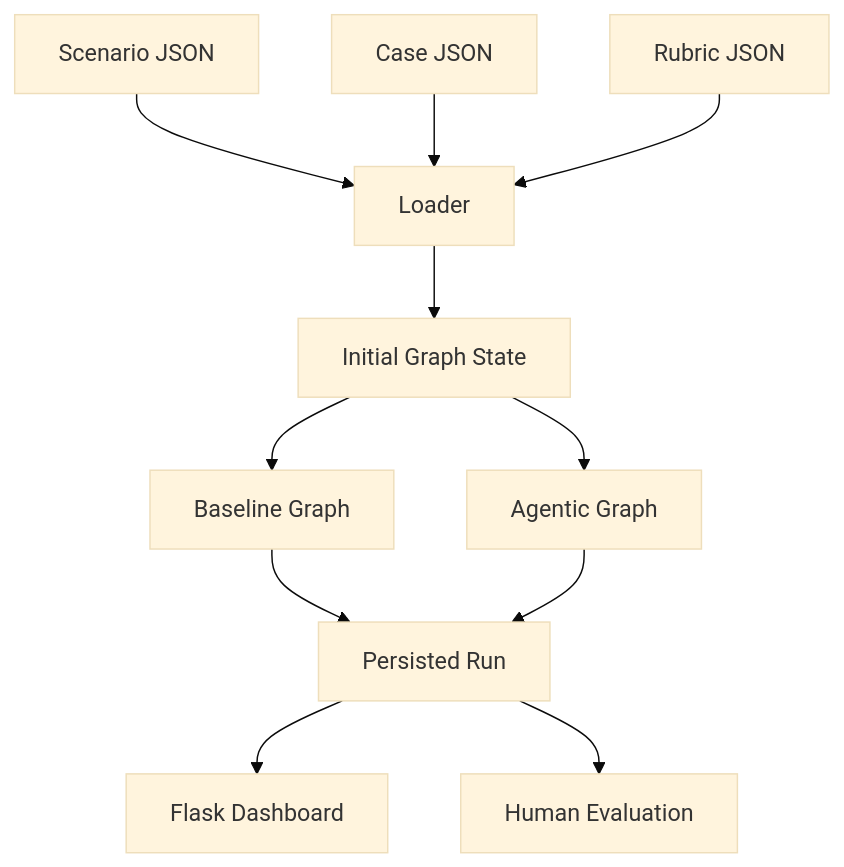
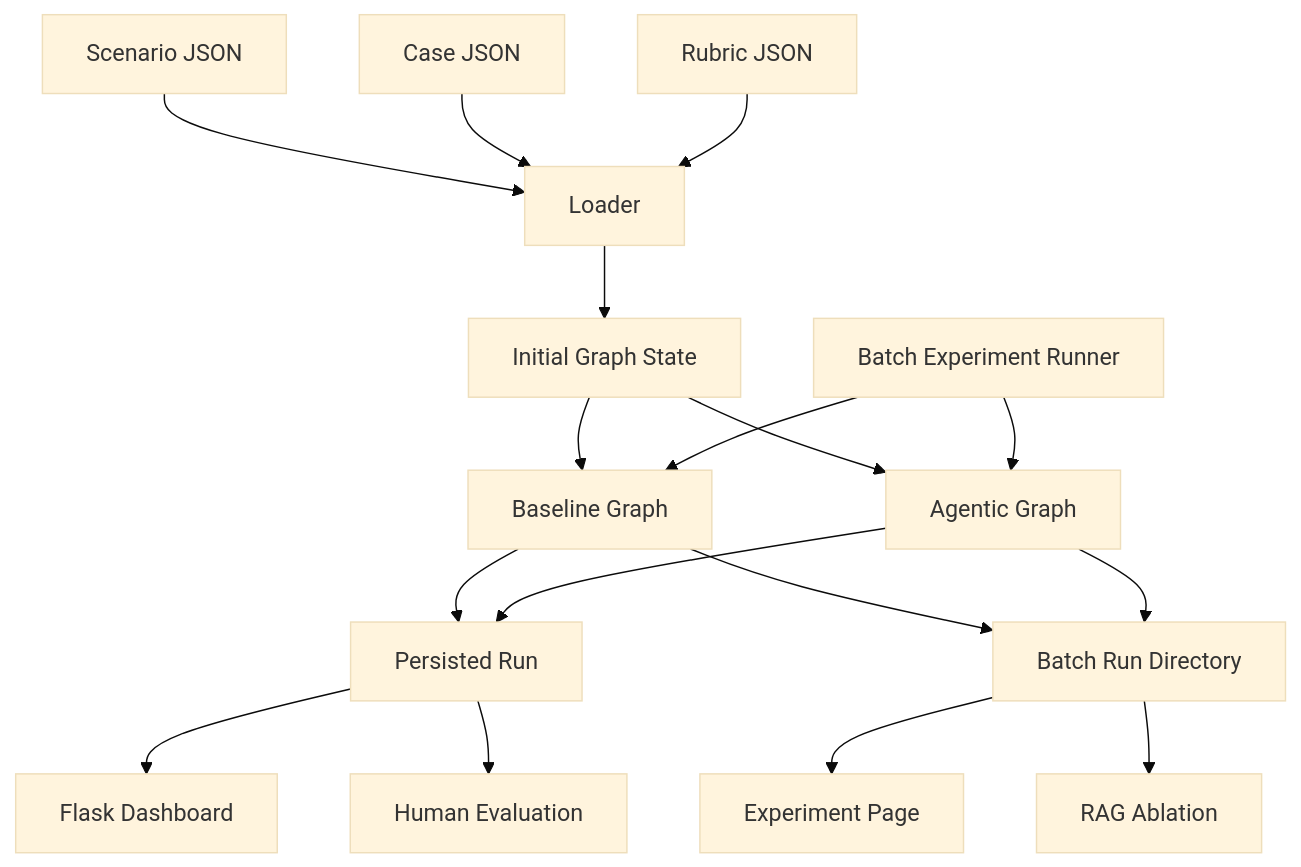
Before and after one commit to PPerezdeMadrid/agentic-case-interview-coach: the first of 3 diagrams in doc/summary_arch.md, drawn with Mermaid (base theme). The commit also changed other lines of this file and 67 other files, not shown here.

````diff
--- a/doc/summary_arch.md
+++ b/doc/summary_arch.md
@@ -41,17 +48,24 @@
 ```mermaid
 flowchart TD
     A[Scenario JSON] --> D[Loader]
     B[Case JSON] --> D
     C[Rubric JSON] --> D
 
     D --> E[Initial Graph State]
 
     E --> F1[Baseline Graph]
     E --> F2[Agentic Graph]
 
     F1 --> G[Persisted Run]
     F2 --> G
 
     G --> H[Flask Dashboard]
     G --> I[Human Evaluation]
+
+    J[Batch Experiment Runner] --> F1
+    J --> F2
+    F1 --> K[Batch Run Directory]
+    F2 --> K
+    K --> L[Experiment Page]
+    K --> M[RAG Ablation]
 ```
````
